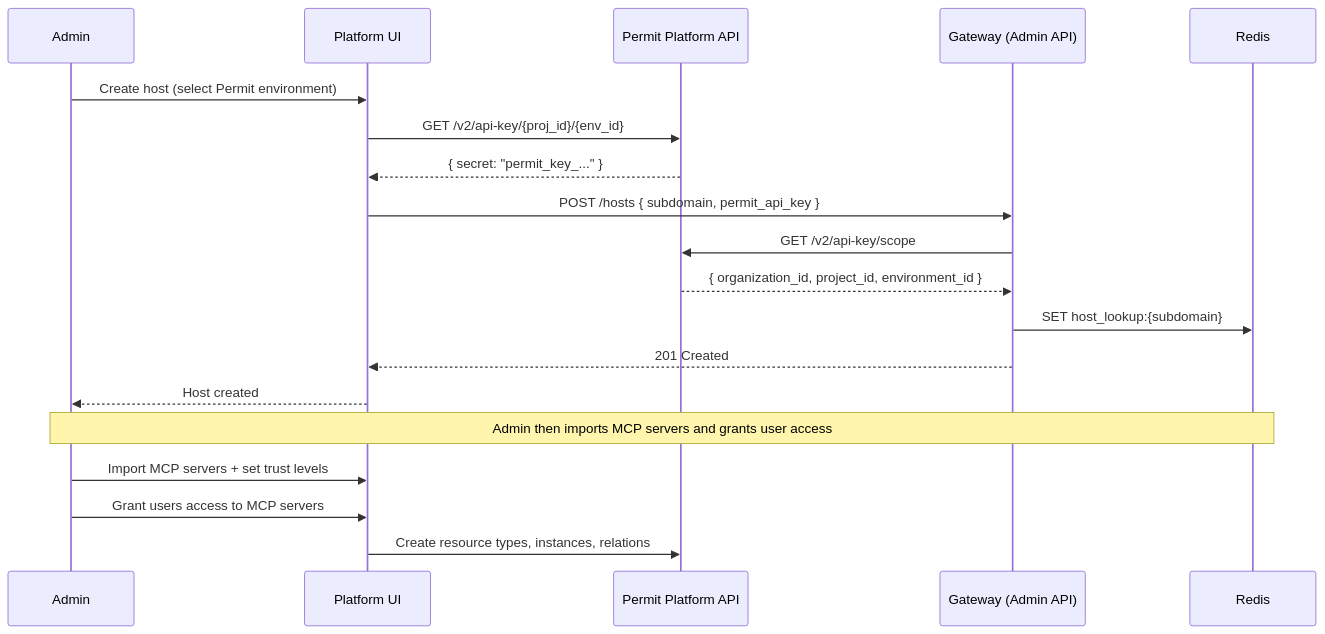
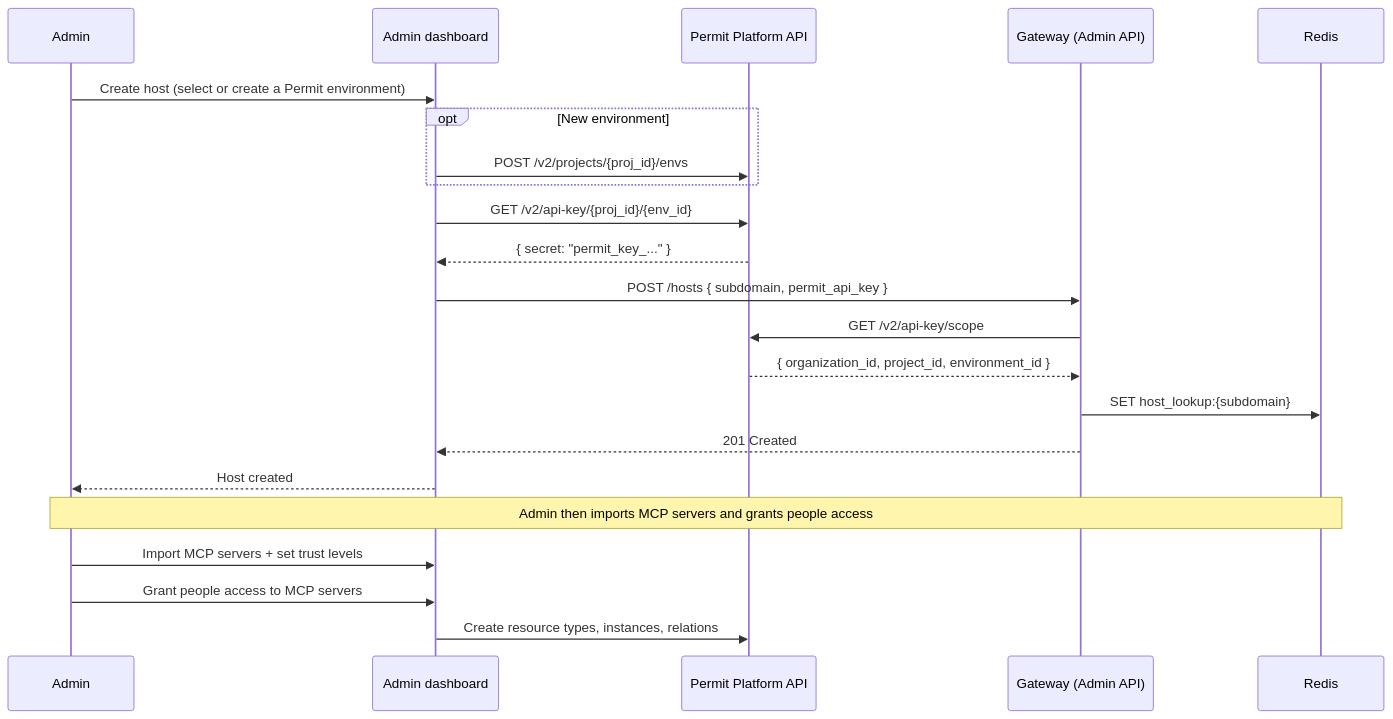
The fourth of 8 diagrams in docs/permit-mcp-gateway/architecture.mdx (permitio/docs), drawn with Mermaid before and after one commit. The commit also changed other lines of this file and 126 other files, not shown here.

First line of the commit message:
PER-19035: docs(mcp-gateway): refresh the Permit MCP Gateway docs and screenshots against production

````diff
--- a/docs/permit-mcp-gateway/architecture.mdx
+++ b/docs/permit-mcp-gateway/architecture.mdx
@@ -251,23 +279,26 @@
 ```mermaid
 sequenceDiagram
     participant A as Admin
-    participant Platform as Platform UI
+    participant Platform as Admin dashboard
     participant PermitAPI as Permit Platform API
     participant GW as Gateway (Admin API)
     participant R as Redis
 
-    A->>Platform: Create host (select Permit environment)
+    A->>Platform: Create host (select or create a Permit environment)
+    opt New environment
+        Platform->>PermitAPI: POST /v2/projects/{proj_id}/envs
+    end
     Platform->>PermitAPI: GET /v2/api-key/{proj_id}/{env_id}
     PermitAPI-->>Platform: { secret: "permit_key_..." }
     Platform->>GW: POST /hosts { subdomain, permit_api_key }
     GW->>PermitAPI: GET /v2/api-key/scope
     PermitAPI-->>GW: { organization_id, project_id, environment_id }
     GW->>R: SET host_lookup:{subdomain}
     GW-->>Platform: 201 Created
     Platform-->>A: Host created
 
-    Note over A,R: Admin then imports MCP servers and grants user access
+    Note over A,R: Admin then imports MCP servers and grants people access
     A->>Platform: Import MCP servers + set trust levels
-    A->>Platform: Grant users access to MCP servers
+    A->>Platform: Grant people access to MCP servers
     Platform->>PermitAPI: Create resource types, instances, relations
 ```
````
